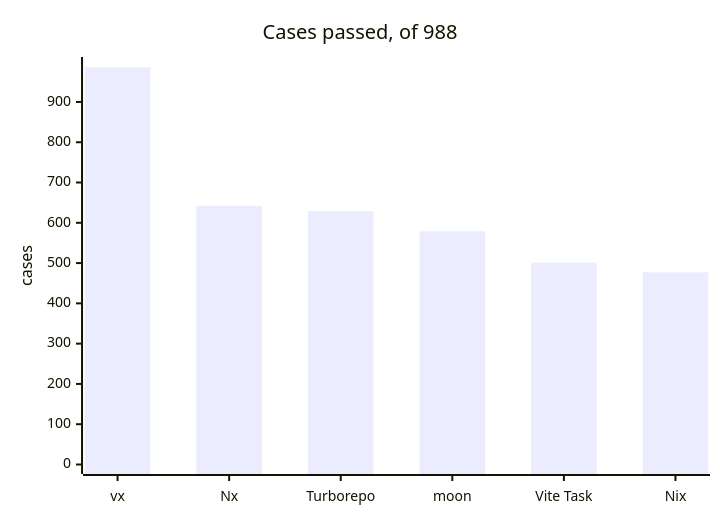
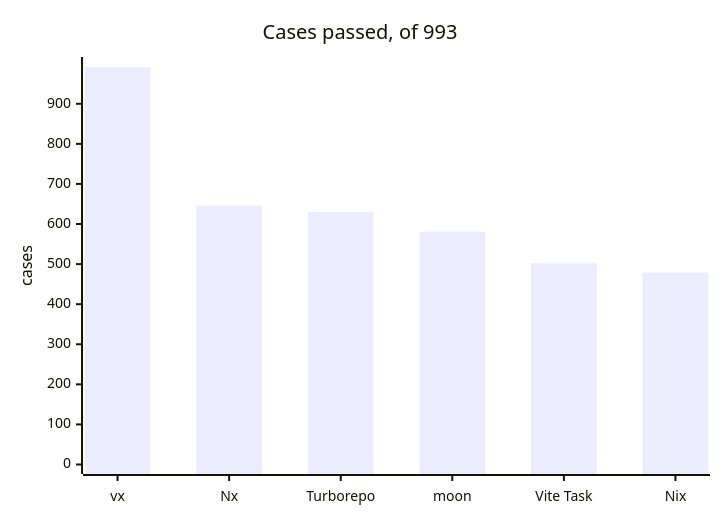
The first of 2 diagrams in private/vx-docs/src/content/docs/blog/one-suite-six-task-runners.md (vznjs/vx), drawn with Mermaid before and after one commit. The commit also changed other lines of this file, not shown here.

First line of the commit message:
docs(vx-docs): count the conformance post at 993 cases

````diff
--- a/private/vx-docs/src/content/docs/blog/one-suite-six-task-runners.md
+++ b/private/vx-docs/src/content/docs/blog/one-suite-six-task-runners.md
@@ -15,7 +15,7 @@
 ```mermaid
 xychart-beta
-  title "Cases passed, of 988"
+  title "Cases passed, of 993"
   x-axis [vx, Nx, Turborepo, moon, "Vite Task", Nix]
-  y-axis "cases" 0 --> 988
-  bar [986, 642, 629, 579, 501, 477]
+  y-axis "cases" 0 --> 993
+  bar [991, 646, 630, 581, 502, 479]
 ```
````
